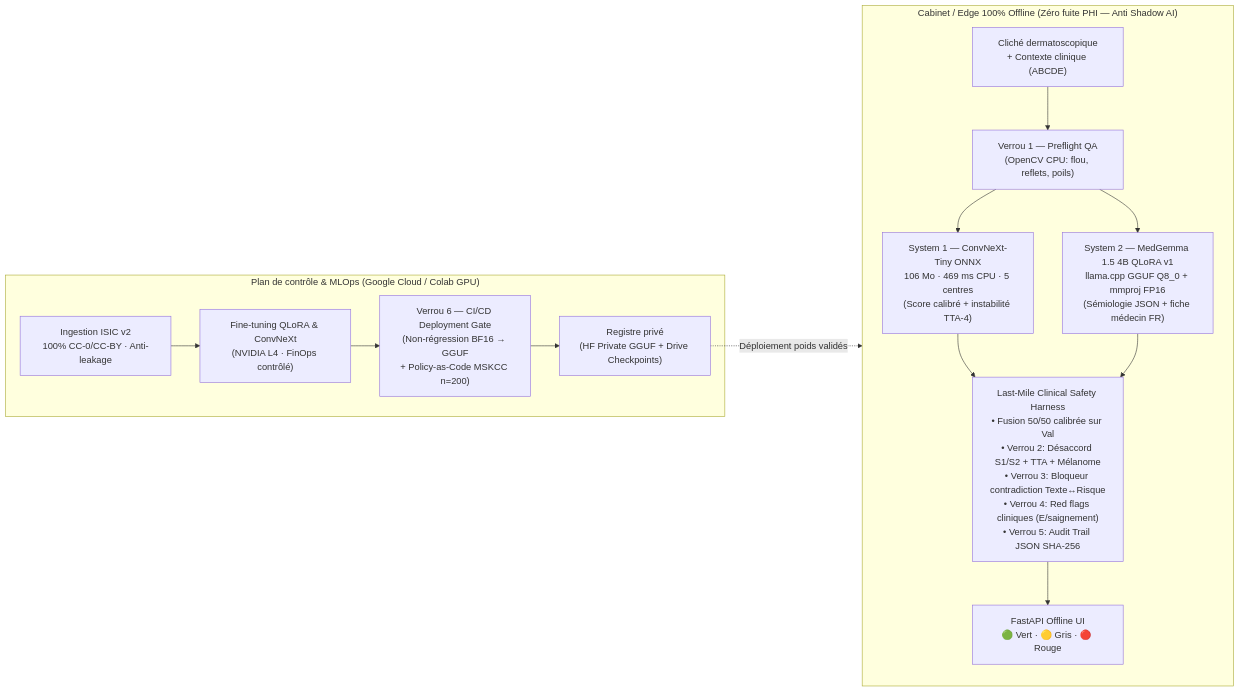
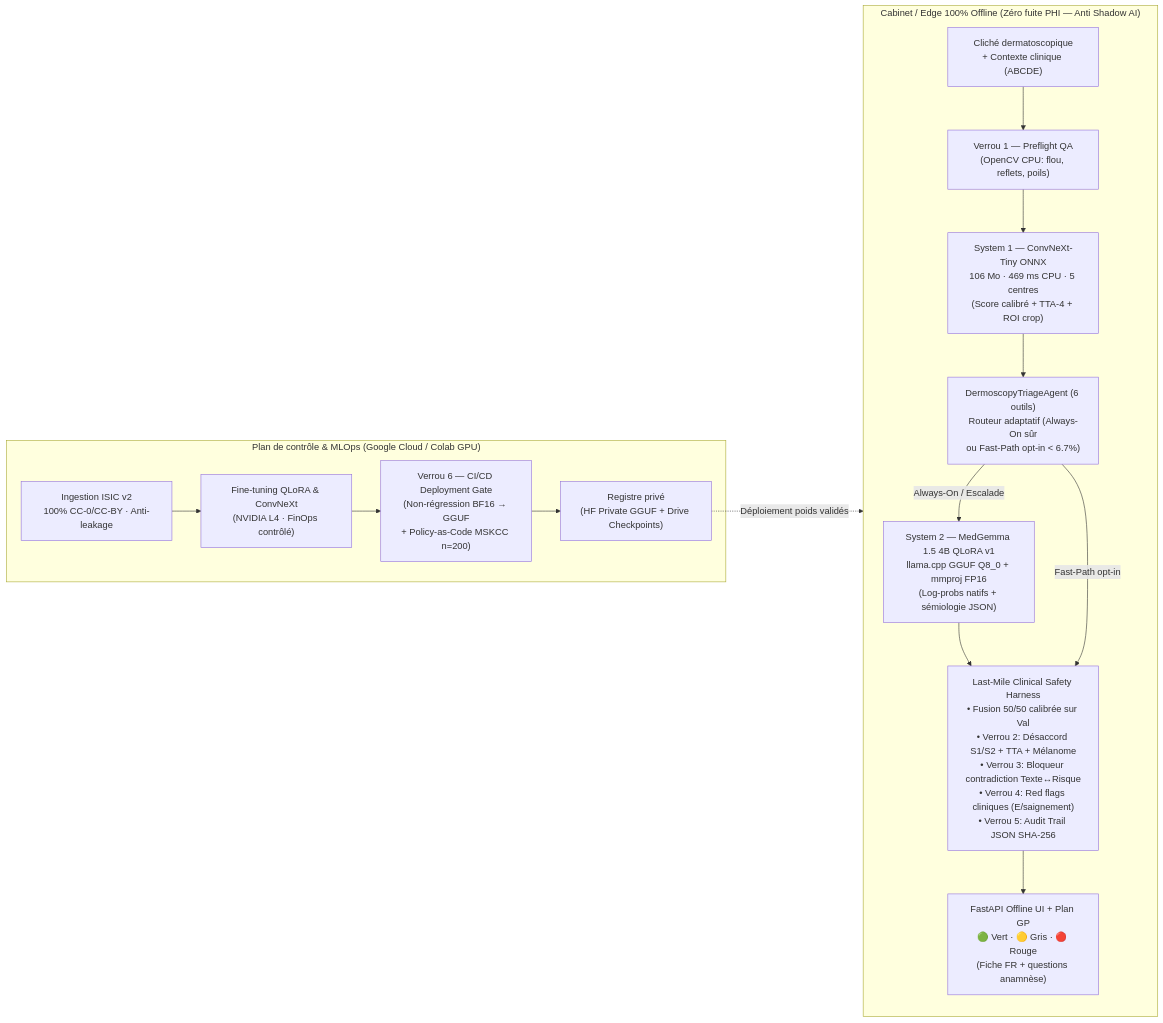
Before and after one commit to sailwaelan-dotcom/medgemma-dermato: the diagram in README.md, drawn with Mermaid. The commit also changed other lines of this file and 7 other files, not shown here.

Commit message:
feat: add 6-tool DermoscopyTriageAgent, 13/13 adversarial stress-test suite, and RTX 4080 Q8_0 native logprobs benchmark

````diff
--- a/README.md
+++ b/README.md
@@ -11,24 +11,26 @@
 ```mermaid
 flowchart LR
     subgraph EDGE["Cabinet / Edge 100% Offline (Zéro fuite PHI — Anti Shadow AI)"]
         IMG["Cliché dermatoscopique\n+ Contexte clinique (ABCDE)"]
         V1["Verrou 1 — Preflight QA\n(OpenCV CPU: flou, reflets, poils)"]
-        S1["System 1 — ConvNeXt-Tiny ONNX\n106 Mo · 469 ms CPU · 5 centres\n(Score calibré + instabilité TTA-4)"]
-        S2["System 2 — MedGemma 1.5 4B QLoRA v1\nllama.cpp GGUF Q8_0 + mmproj FP16\n(Sémiologie JSON + fiche médecin FR)"]
+        S1["System 1 — ConvNeXt-Tiny ONNX\n106 Mo · 469 ms CPU · 5 centres\n(Score calibré + TTA-4 + ROI crop)"]
+        RT["DermoscopyTriageAgent (6 outils)\nRouteur adaptatif (Always-On sûr\nou Fast-Path opt-in < 6.7%)"]
+        S2["System 2 — MedGemma 1.5 4B QLoRA v1\nllama.cpp GGUF Q8_0 + mmproj FP16\n(Log-probs natifs + sémiologie JSON)"]
         H["Last-Mile Clinical Safety Harness\n• Fusion 50/50 calibrée sur Val\n• Verrou 2: Désaccord S1/S2 + TTA + Mélanome\n• Verrou 3: Bloqueur contradiction Texte↔Risque\n• Verrou 4: Red flags cliniques (E/saignement)\n• Verrou 5: Audit Trail JSON SHA-256"]
-        UI["FastAPI Offline UI\n🟢 Vert · 🟡 Gris · 🔴 Rouge"]
-        IMG --> V1 --> S1 --> H
-        V1 --> S2 --> H
+        UI["FastAPI Offline UI + Plan GP\n🟢 Vert · 🟡 Gris · 🔴 Rouge\n(Fiche FR + questions anamnèse)"]
+        IMG --> V1 --> S1 --> RT
+        RT -->|"Always-On / Escalade"| S2 --> H
+        RT -->|"Fast-Path opt-in"| H
         H --> UI
     end
 
     subgraph CLOUD["Plan de contrôle & MLOps (Google Cloud / Colab GPU)"]
         ISIC["Ingestion ISIC v2\n100% CC-0/CC-BY · Anti-leakage"]
         TR["Fine-tuning QLoRA & ConvNeXt\n(NVIDIA L4 · FinOps contrôlé)"]
         GATE["Verrou 6 — CI/CD Deployment Gate\n(Non-régression BF16 → GGUF\n+ Policy-as-Code MSKCC n=200)"]
         REG["Registre privé\n(HF Private GGUF + Drive Checkpoints)"]
         ISIC --> TR --> GATE --> REG
     end
 
     REG -. "Déploiement poids validés" .-> EDGE
 ```
````
